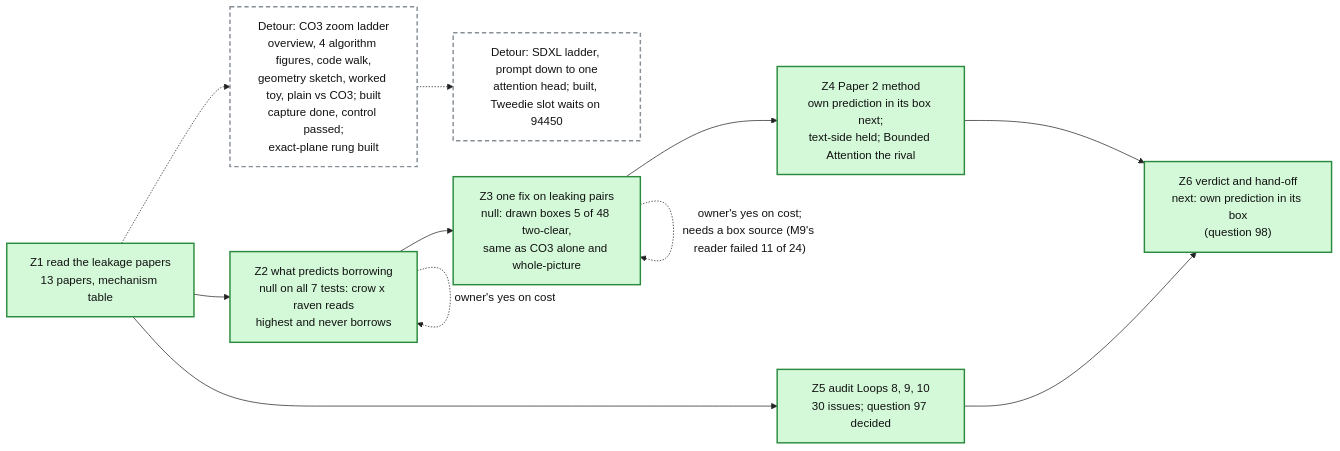
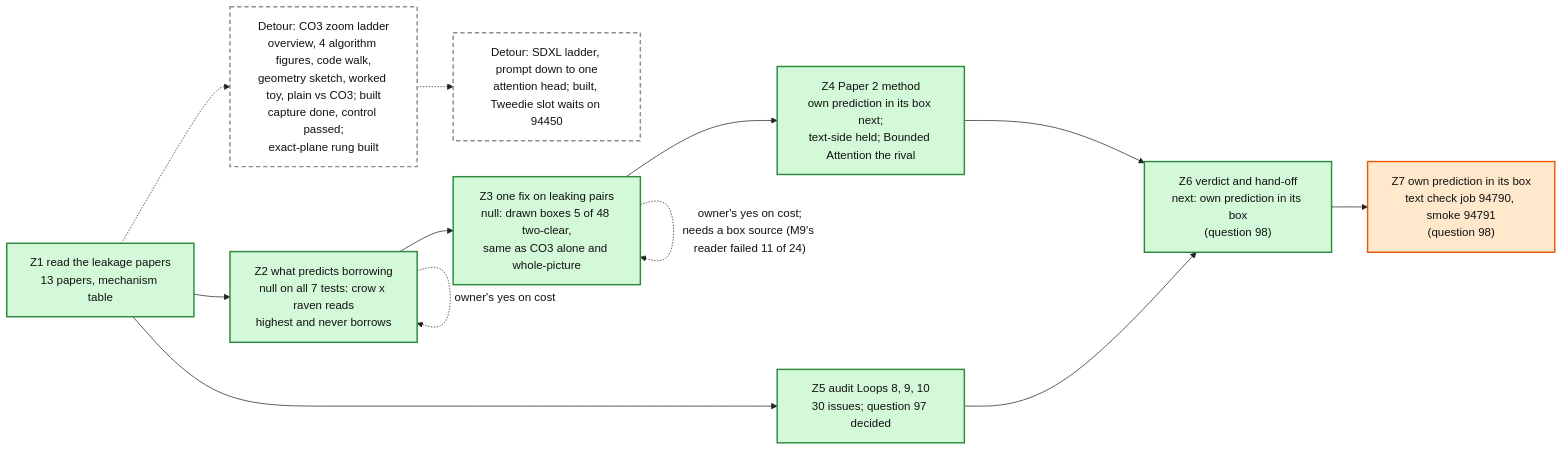
The diagram in artifacts/notes/progress/leakage/loop-12-progress.mmd (mo-rsa24/concept-composition), drawn with Mermaid before and after one commit. The commit also changed 1 other file, not shown here.

```diff
--- a/artifacts/notes/progress/leakage/loop-12-progress.mmd
+++ b/artifacts/notes/progress/leakage/loop-12-progress.mmd
@@ -1,20 +1,22 @@
 %%{init: {'theme': 'base', 'themeVariables': {'fontFamily': 'monospace', 'primaryColor': '#ffffff', 'primaryBorderColor': '#222222', 'primaryTextColor': '#111111', 'lineColor': '#222222'}}}%%
 flowchart LR
   Z1["Z1 read the leakage papers<br/>13 papers, mechanism table"]:::done
   Z2["Z2 what predicts borrowing<br/>null on all 7 tests: crow x raven reads<br/>highest and never borrows"]:::done
   Z3["Z3 one fix on leaking pairs<br/>null: drawn boxes 5 of 48 two-clear,<br/>same as CO3 alone and whole-picture"]:::done
   Z4["Z4 Paper 2 method<br/>own prediction in its box next;<br/>text-side held; Bounded Attention the rival"]:::done
   Z5["Z5 audit Loops 8, 9, 10<br/>30 issues; question 97 decided"]:::done
   Z6["Z6 verdict and hand-off<br/>next: own prediction in its box<br/>(question 98)"]:::done
   LAD["Detour: CO3 zoom ladder<br/>overview, 4 algorithm figures, code walk,<br/>geometry sketch, worked toy, plain vs CO3; built<br/>capture done, control passed;<br/>exact-plane rung built"]:::detour
   Z1 -.-> LAD
   SDX["Detour: SDXL ladder, prompt down to one<br/>attention head; built, Tweedie slot waits on 94450"]:::detour
   LAD -.-> SDX
   Z1 --> Z2 --> Z3 --> Z4 --> Z6
   Z1 --> Z5 --> Z6
   Z2 -. "owner's yes on cost" .-> Z2
   Z3 -. "owner's yes on cost;<br/>needs a box source (M9's reader failed 11 of 24)" .-> Z3
+  Z7["Z7 own prediction in its box<br/>text check job 94790, smoke 94791<br/>(question 98)"]:::doing
+  Z6 --> Z7
   classDef done fill:#d3f9d8,stroke:#2b8a3e,stroke-width:2px
   classDef doing fill:#ffe8cc,stroke:#e8590c,stroke-width:2px
   classDef detour fill:#ffffff,stroke:#868e96,stroke-width:2px,stroke-dasharray: 6 4
   classDef todo fill:#f1f3f5,stroke:#868e96,stroke-width:2px
```
